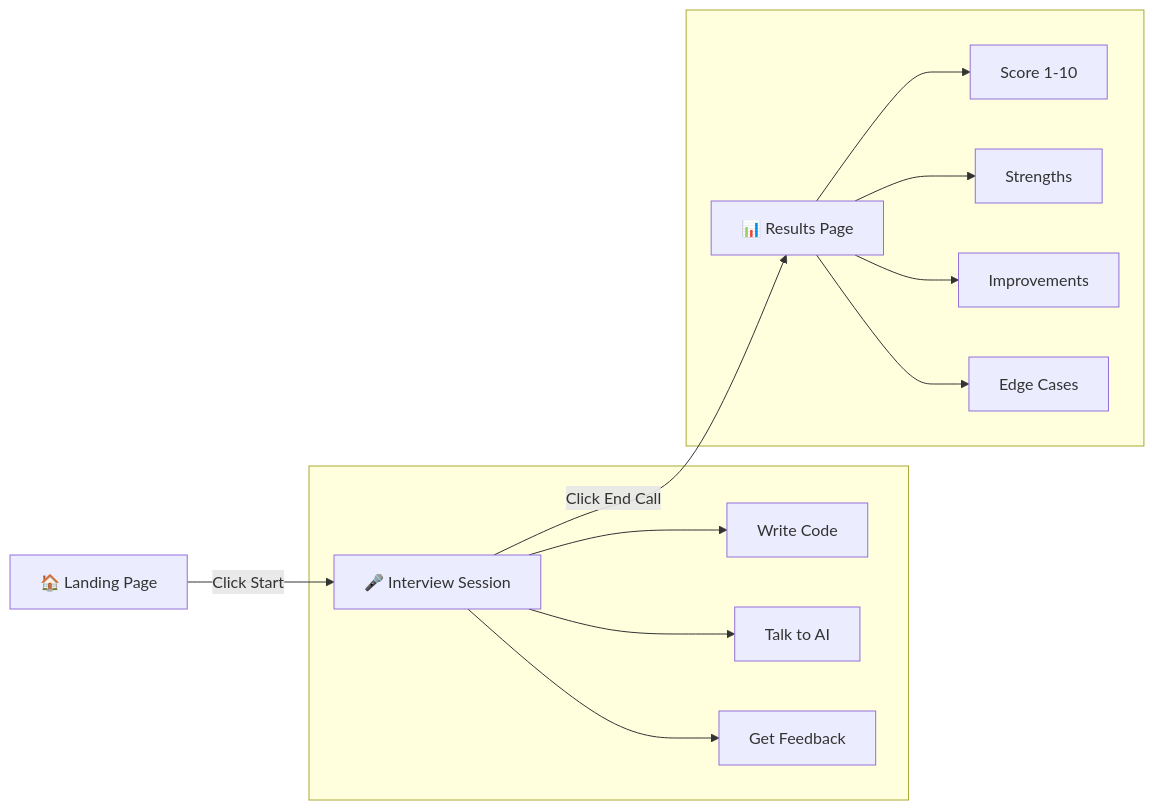
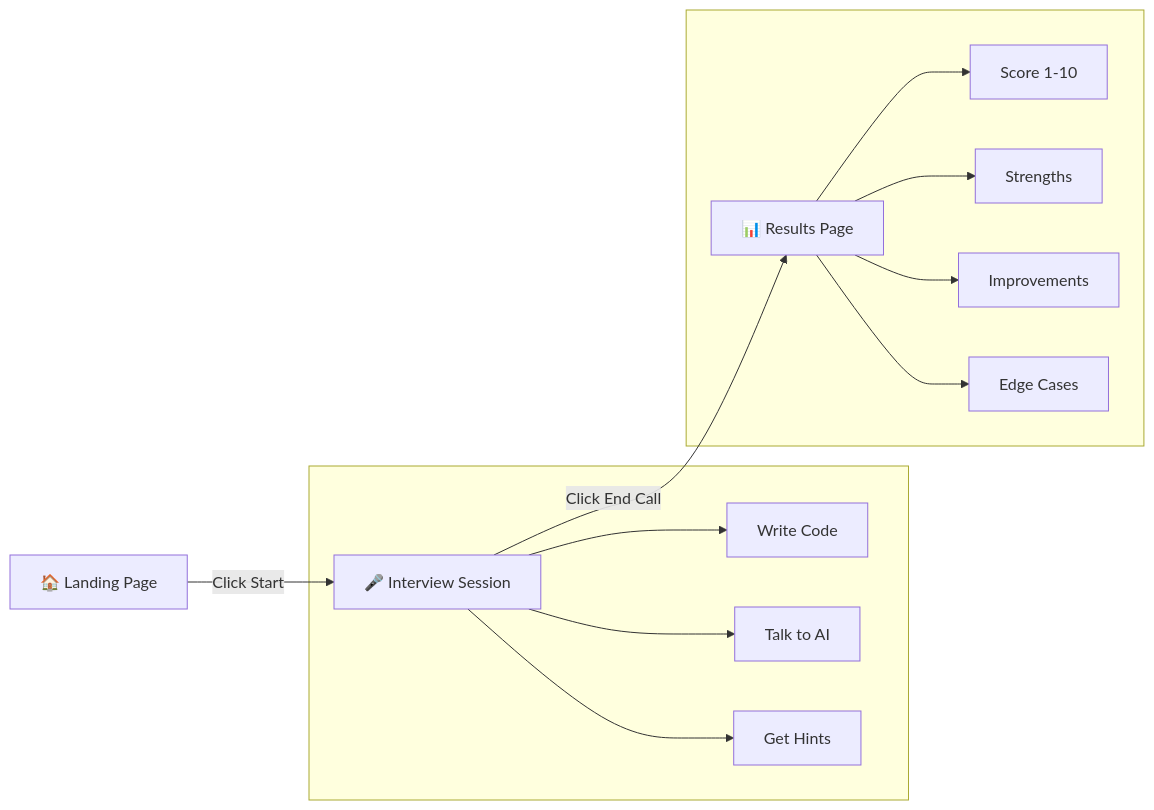
The second of 2 diagrams in README.md (anishjha12309/itero), drawn with Mermaid before and after one commit. The commit also changed other lines of this file and 13382 other files, not shown here.

````diff
--- a/README.md
+++ b/README.md
@@ -213,23 +224,23 @@
 ```mermaid
 flowchart LR
     A["🏠 Landing Page"] -->|Click Start| B["🎤 Interview Session"]
     B -->|Click End Call| C["📊 Results Page"]
     
     subgraph Interview[" "]
         B
         D["Write Code"]
         E["Talk to AI"]
-        F["Get Feedback"]
+        F["Get Hints"]
     end
     
     subgraph Results[" "]
         C
         G["Score 1-10"]
         H["Strengths"]
         I["Improvements"]
         J["Edge Cases"]
     end
     
     B --> D & E & F
     C --> G & H & I & J
 ```
````
